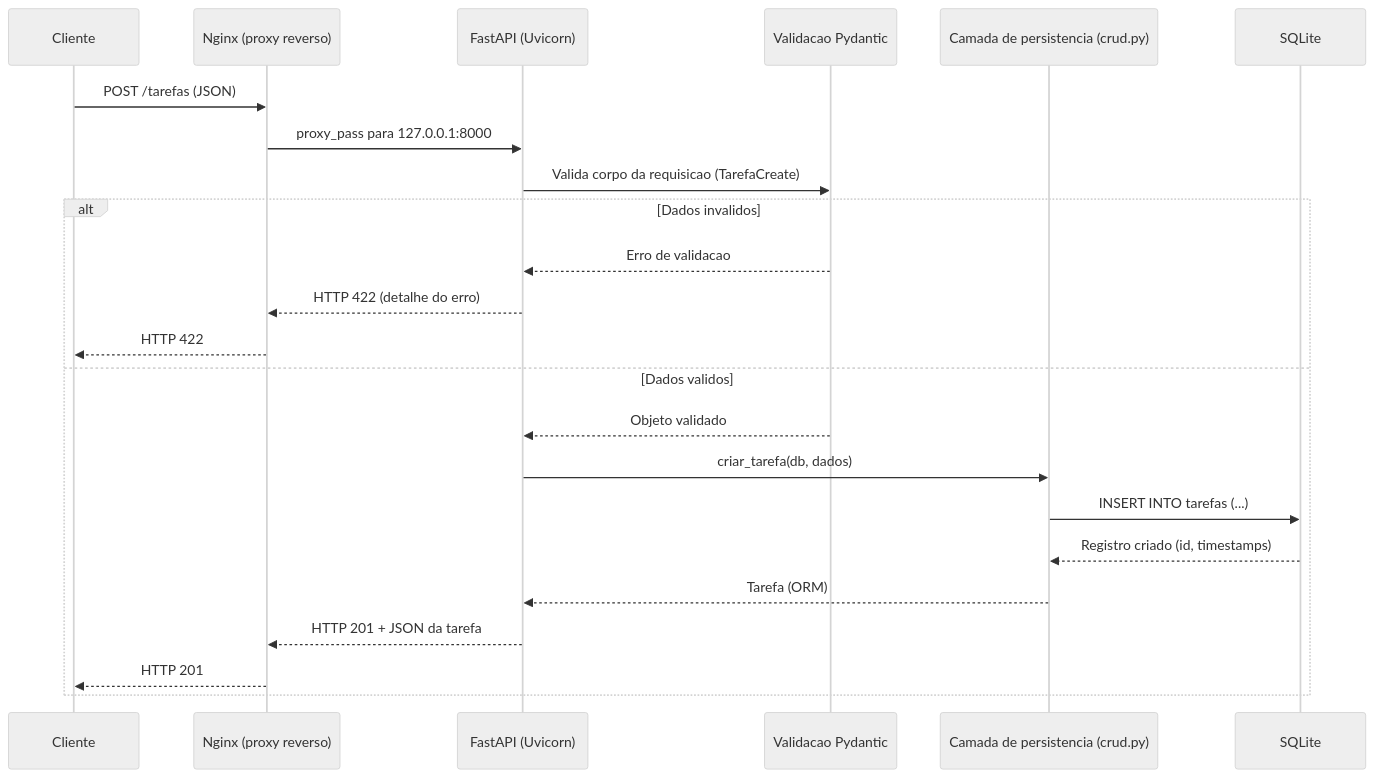
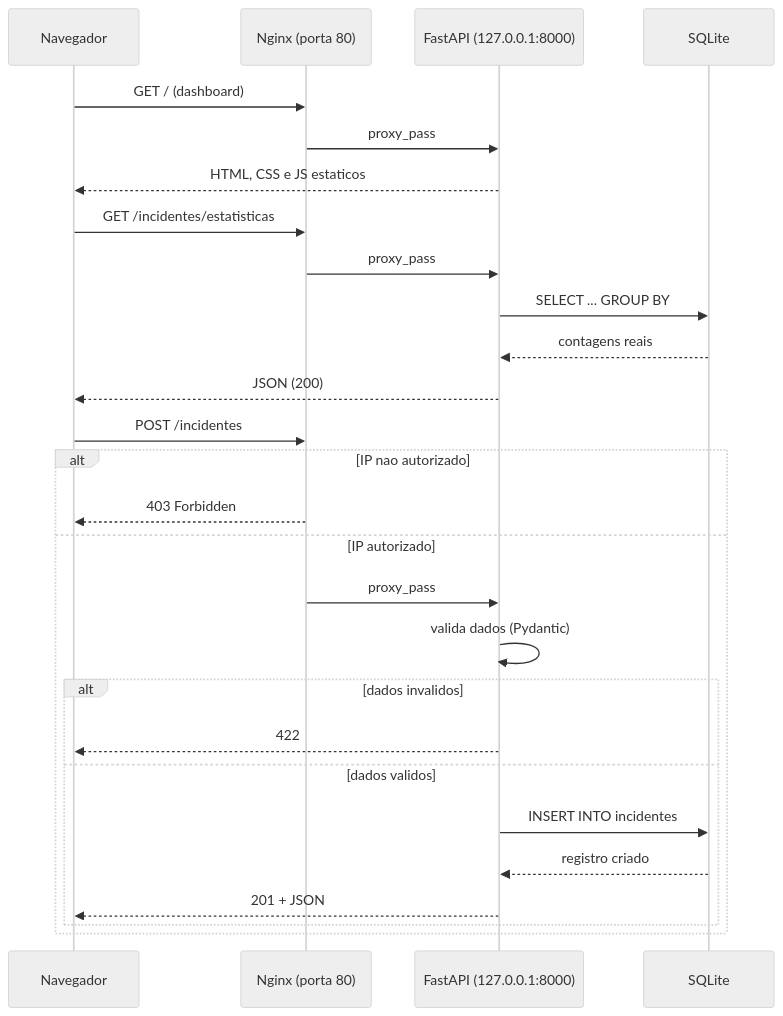
Before and after one commit to brenoaveiro/api-tarefas-fastapi-sqlite-azure: the diagram in docs/diagramas/02-fluxo-requisicao-http.md, drawn with Mermaid (neutral theme). The commit also changed other lines of this file and 15 other files, not shown here.

Commit message:
feat(i18n): textos da interface, API e Swagger em portugues com acentos; diagramas atualizados

````diff
--- a/docs/diagramas/02-fluxo-requisicao-http.md
+++ b/docs/diagramas/02-fluxo-requisicao-http.md
@@ -3,26 +3,31 @@
 ```mermaid
 sequenceDiagram
-    participant C as Cliente
-    participant N as Nginx (proxy reverso)
-    participant F as FastAPI (Uvicorn)
-    participant P as Validacao Pydantic
-    participant D as Camada de persistencia (crud.py)
+    participant N as Navegador
+    participant X as Nginx (porta 80)
+    participant F as FastAPI (127.0.0.1:8000)
     participant S as SQLite
 
-    C->>N: POST /tarefas (JSON)
-    N->>F: proxy_pass para 127.0.0.1:8000
-    F->>P: Valida corpo da requisicao (TarefaCreate)
-    alt Dados invalidos
-        P-->>F: Erro de validacao
-        F-->>N: HTTP 422 (detalhe do erro)
-        N-->>C: HTTP 422
-    else Dados validos
-        P-->>F: Objeto validado
-        F->>D: criar_tarefa(db, dados)
-        D->>S: INSERT INTO tarefas (...)
-        S-->>D: Registro criado (id, timestamps)
-        D-->>F: Tarefa (ORM)
-        F-->>N: HTTP 201 + JSON da tarefa
-        N-->>C: HTTP 201
+    N->>X: GET / (dashboard)
+    X->>F: proxy_pass
+    F-->>N: HTML, CSS e JS estaticos
+    N->>X: GET /incidentes/estatisticas
+    X->>F: proxy_pass
+    F->>S: SELECT ... GROUP BY
+    S-->>F: contagens reais
+    F-->>N: JSON (200)
+
+    N->>X: POST /incidentes
+    alt IP nao autorizado
+        X-->>N: 403 Forbidden
+    else IP autorizado
+        X->>F: proxy_pass
+        F->>F: valida dados (Pydantic)
+        alt dados invalidos
+            F-->>N: 422
+        else dados validos
+            F->>S: INSERT INTO incidentes
+            S-->>F: registro criado
+            F-->>N: 201 + JSON
+        end
     end
 ```
````
